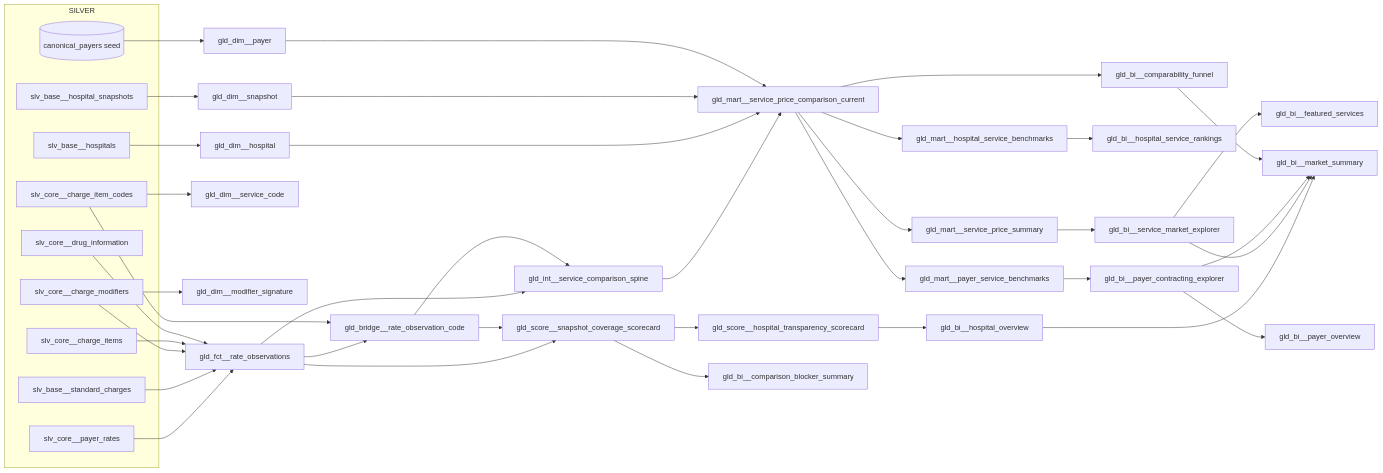
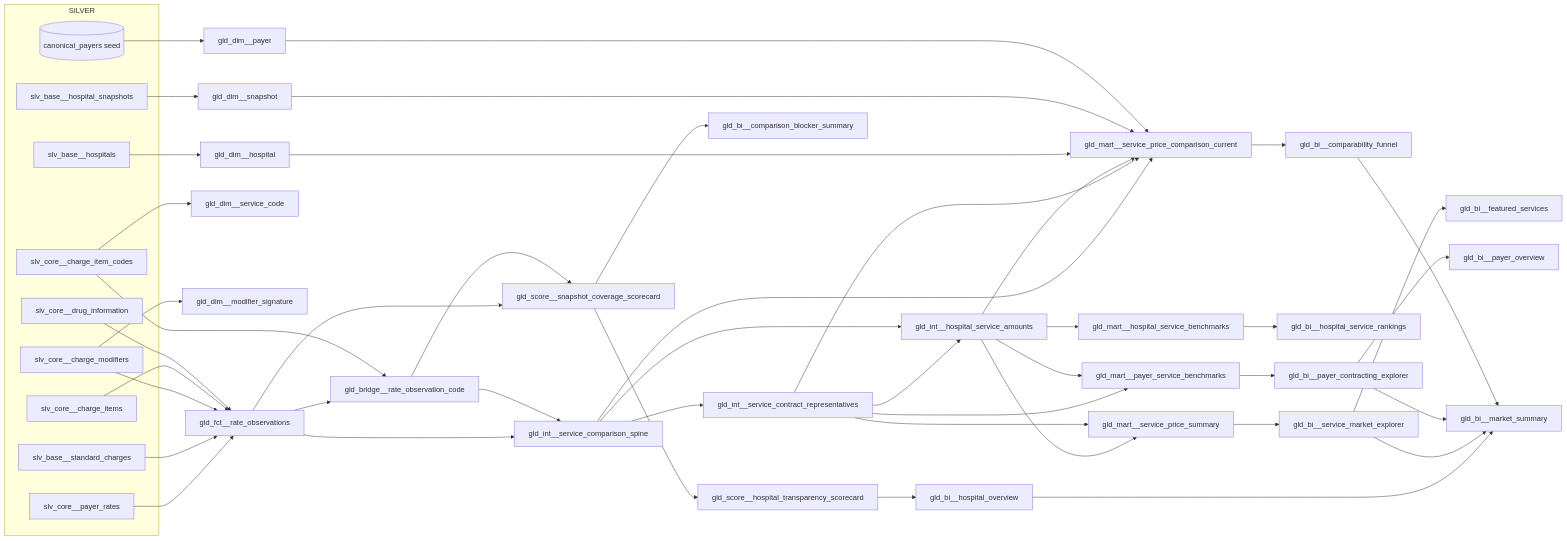
The diagram in docs/architecture/gold-schema.md (jakegussler/hospital-price-transparency-analytics), drawn with Mermaid before and after one commit. The commit also changed other lines of this file and 48 other files, not shown here.

````diff
--- a/docs/architecture/gold-schema.md
+++ b/docs/architecture/gold-schema.md
@@ -19,57 +21,64 @@
 ```mermaid
 flowchart LR
   subgraph SILVER
     PR[slv_core__payer_rates]
     SC[slv_base__standard_charges]
     CIC[slv_core__charge_item_codes]
     CI[slv_core__charge_items]
     CM[slv_core__charge_modifiers]
     DI[slv_core__drug_information]
     H[slv_base__hospitals]
     HS[slv_base__hospital_snapshots]
     CP[(canonical_payers seed)]
   end
 
   H --> DH[gld_dim__hospital]
   HS --> DS[gld_dim__snapshot]
   CP --> DP[gld_dim__payer]
   CIC --> DC[gld_dim__service_code]
   CM --> DM[gld_dim__modifier_signature]
 
   PR --> F[gld_fct__rate_observations]
   SC --> F
   CM --> F
   CI --> F
   DI --> F
 
   F --> BR[gld_bridge__rate_observation_code]
   CIC --> BR
 
   F --> SPINE[gld_int__service_comparison_spine]
   BR --> SPINE
+  SPINE --> CR[gld_int__service_contract_representatives]
+  CR --> HSA[gld_int__hospital_service_amounts]
+  SPINE --> HSA
   SPINE --> MART[gld_mart__service_price_comparison_current]
+  CR --> MART
+  HSA --> MART
   DH --> MART
   DS --> MART
   DP --> MART
 
-  MART --> SUM[gld_mart__service_price_summary]
-  MART --> HB[gld_mart__hospital_service_benchmarks]
-  MART --> PB[gld_mart__payer_service_benchmarks]
+  HSA --> SUM[gld_mart__service_price_summary]
+  CR --> SUM
+  HSA --> HB[gld_mart__hospital_service_benchmarks]
+  CR --> PB[gld_mart__payer_service_benchmarks]
+  HSA --> PB
 
   F --> COV[gld_score__snapshot_coverage_scorecard]
   BR --> COV
   COV --> HSCORE[gld_score__hospital_transparency_scorecard]
 
   SUM --> BI_SERVICE[gld_bi__service_market_explorer]
   HB --> BI_HOSP_SERVICE[gld_bi__hospital_service_rankings]
   PB --> BI_PAYER[gld_bi__payer_contracting_explorer]
   HSCORE --> BI_HOSP[gld_bi__hospital_overview]
   COV --> BI_BLOCKERS[gld_bi__comparison_blocker_summary]
   BI_SERVICE --> BI_FEATURED[gld_bi__featured_services]
   MART --> BI_FUNNEL[gld_bi__comparability_funnel]
   BI_PAYER --> BI_PAYER_OVERVIEW[gld_bi__payer_overview]
   BI_HOSP --> BI_MARKET[gld_bi__market_summary]
   BI_SERVICE --> BI_MARKET
   BI_PAYER --> BI_MARKET
   BI_FUNNEL --> BI_MARKET
 ```
````
